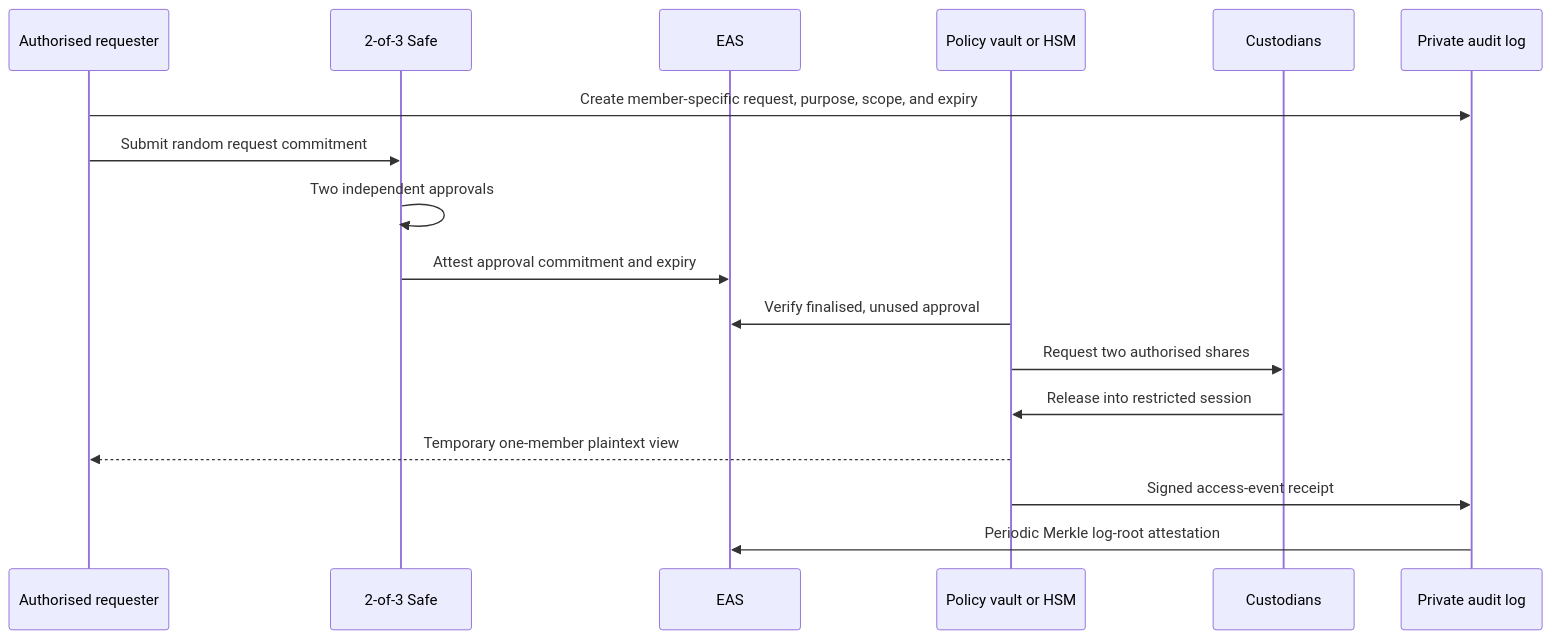
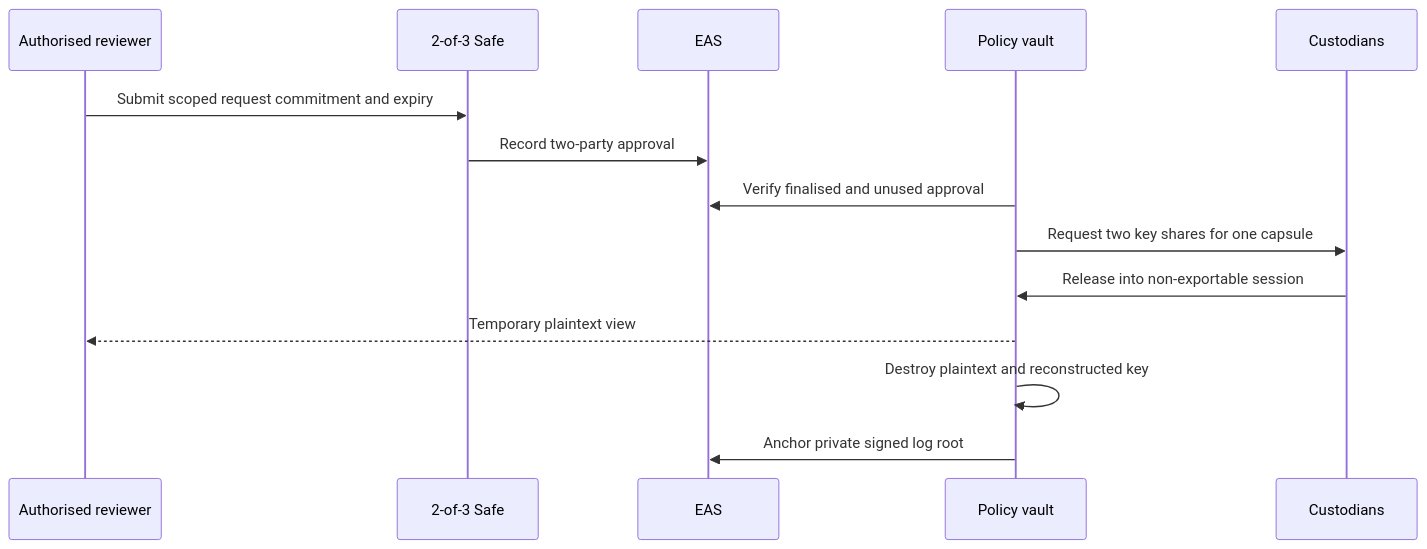
One commit to AlexJupiter/tibetan-id changed the fifth of 6 diagrams in README.md. Above: the diagram before and after it, drawn with Mermaid. The commit also changed other lines of this file, not shown here.

````diff
--- a/README.md
+++ b/README.md
@@ -167,20 +231,17 @@
 ```mermaid
 sequenceDiagram
-    participant R as Authorised requester
+    participant R as Authorised reviewer
     participant S as 2-of-3 Safe
     participant E as EAS
-    participant V as Policy vault or HSM
+    participant V as Policy vault
     participant C as Custodians
-    participant A as Private audit log
 
-    R->>A: Create member-specific request, purpose, scope, and expiry
-    R->>S: Submit random request commitment
-    S->>S: Two independent approvals
-    S->>E: Attest approval commitment and expiry
-    V->>E: Verify finalised, unused approval
-    V->>C: Request two authorised shares
-    C->>V: Release into restricted session
-    V-->>R: Temporary one-member plaintext view
-    V->>A: Signed access-event receipt
-    A->>E: Periodic Merkle log-root attestation
+    R->>S: Submit scoped request commitment and expiry
+    S->>E: Record two-party approval
+    V->>E: Verify finalised and unused approval
+    V->>C: Request two key shares for one capsule
+    C->>V: Release into non-exportable session
+    V-->>R: Temporary plaintext view
+    V->>V: Destroy plaintext and reconstructed key
+    V->>E: Anchor private signed log root
 ```
````
